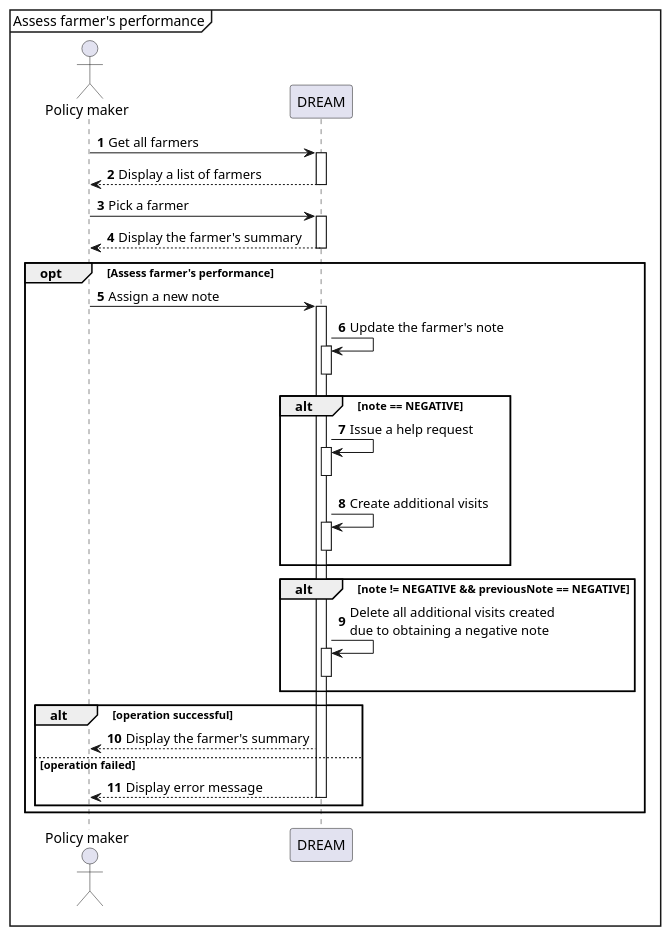
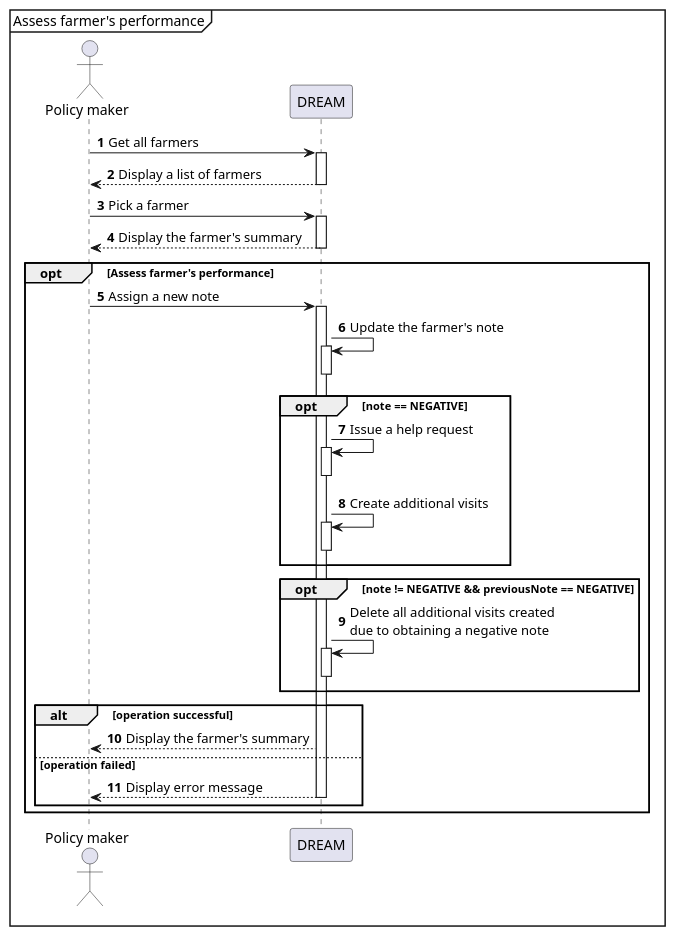
One commit to Astenna/DREAM changed the diagram in RASD/uml/sequence/assess_farmer's_performance.puml. Above: the diagram before and after it, drawn with PlantUML. The commit also changed 1 other file, not shown here.

Commit message:
Sequence diagram: changed view daily plan to set daily plan execution state

```diff
--- a/RASD/uml/sequence/assess_farmer's_performance.puml
+++ b/RASD/uml/sequence/assess_farmer's_performance.puml
@@ -1,39 +1,39 @@
 @startuml Assess farmer's performence
 
 mainframe Assess farmer's performance
 autonumber
 
 actor "Policy maker" as PolMaker
 participant DREAM
 
 PolMaker -> DREAM++: Get all farmers
 DREAM --> PolMaker--: Display a list of farmers
 
 PolMaker -> DREAM++: Pick a farmer
 DREAM --> PolMaker--: Display the farmer's summary
 
 opt Assess farmer's performance
     PolMaker -> DREAM++: Assign a new note
     DREAM -> DREAM++: Update the farmer's note
     deactivate DREAM
 
-    alt note == NEGATIVE
+    opt note == NEGATIVE
         DREAM -> DREAM++: Issue a help request
         deactivate DREAM
         DREAM -> DREAM++: Create additional visits
         deactivate DREAM
     end
 
-    alt note != NEGATIVE && previousNote == NEGATIVE
+    opt note != NEGATIVE && previousNote == NEGATIVE
         DREAM -> DREAM++: Delete all additional visits created\ndue to obtaining a negative note
         deactivate DREAM
     end
 
     alt operation successful
         DREAM --> PolMaker : Display the farmer's summary
     else operation failed
         DREAM --> PolMaker--: Display error message
     end
 end
 
 @enduml
```
